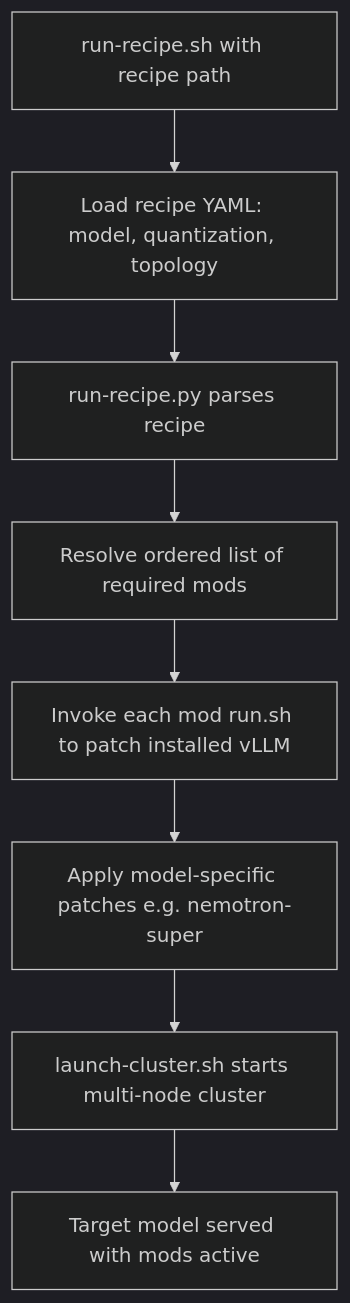
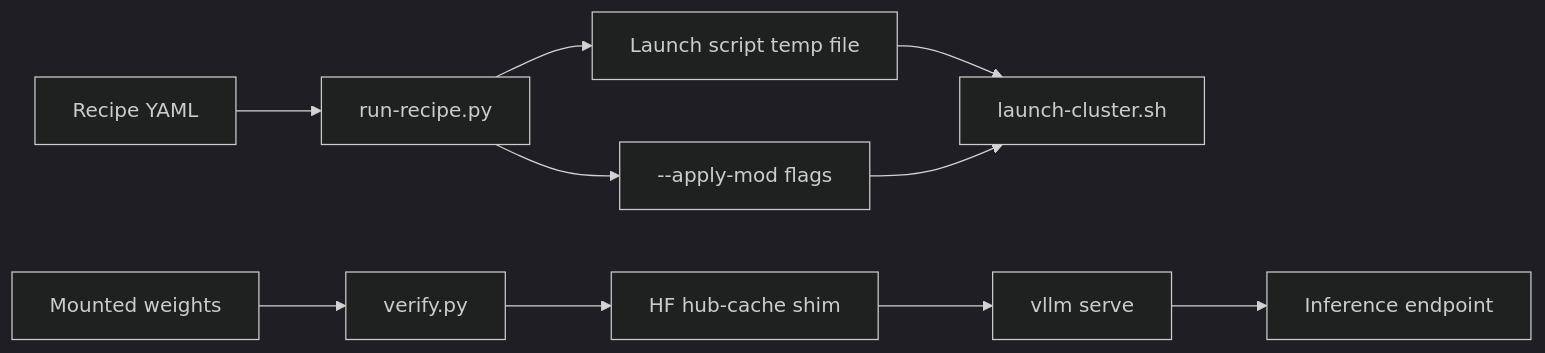
The third of 15 diagrams in deepwiki-rs-docs/3.Workflow.md (jpfulton-fultonengineeringservices/spark-vllm-docker), drawn with Mermaid (dark theme) before and after one commit. The commit also changed other lines of this file and 156 other files, not shown here.

````diff
--- a/deepwiki-rs-docs/3.Workflow.md
+++ b/deepwiki-rs-docs/3.Workflow.md
@@ -309,10 +141,12 @@
 ```mermaid
-graph TD
-    Start["run-recipe.sh with recipe path"] --> LoadRecipe["Load recipe YAML: model, quantization, topology"]
-    LoadRecipe --> Parse["run-recipe.py parses recipe"]
-    Parse --> ResolveMods["Resolve ordered list of required mods"]
-    ResolveMods --> InvokeMods["Invoke each mod run.sh to patch installed vLLM"]
-    InvokeMods --> ApplyModel["Apply model-specific patches e.g. nemotron-super"]
-    ApplyModel --> LaunchCluster["launch-cluster.sh starts multi-node cluster"]
-    LaunchCluster --> Serve["Target model served with mods active"]
+flowchart LR
+    Recipe["Recipe YAML"] --> Runner["run-recipe.py"]
+    Runner --> LScript["Launch script temp file"]
+    Runner --> ModFlags["--apply-mod flags"]
+    LScript --> Launcher["launch-cluster.sh"]
+    ModFlags --> Launcher
+    WeightsMount["Mounted weights"] --> Verify["verify.py"]
+    Verify --> Shim["HF hub-cache shim"]
+    Shim --> Server["vllm serve"]
+    Server --> ServeOut["Inference endpoint"]
 ```
````
